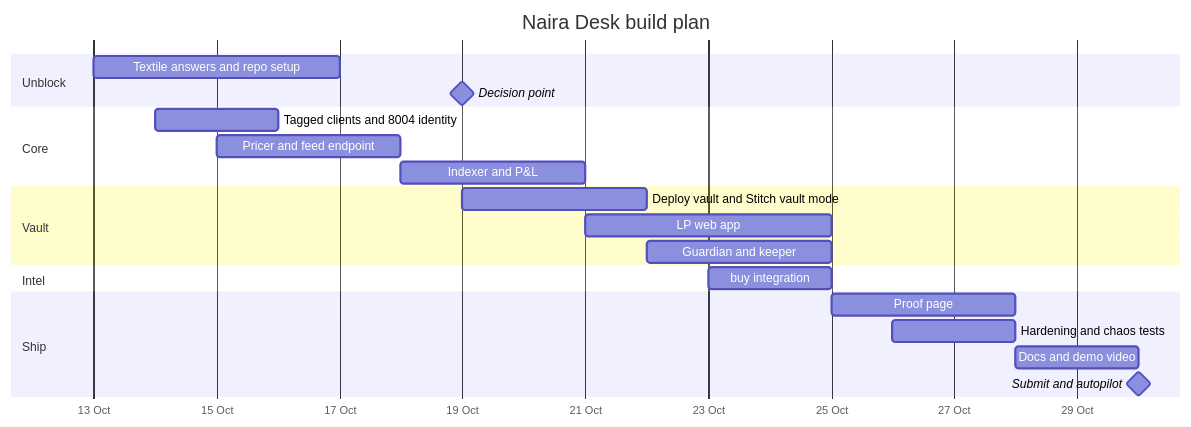
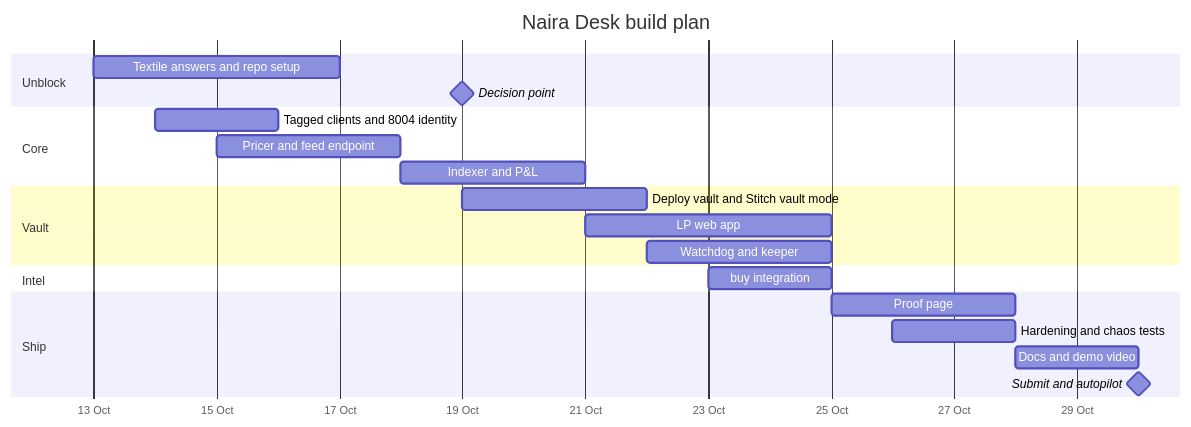
Before and after one commit to Kanasjnr/naira-desk: diagram 16 of 16 in docs/ARCHITECTURE.md, drawn with Mermaid. The commit also changed other lines of this file, not shown here.

````diff
--- a/docs/ARCHITECTURE.md
+++ b/docs/ARCHITECTURE.md
@@ -622,24 +629,24 @@
 ```mermaid
 gantt
   title Naira Desk build plan
   dateFormat YYYY-MM-DD
   axisFormat %d %b
   section Unblock
   Textile answers and repo setup      :u1, 2026-10-13, 4d
   Decision point                      :milestone, m1, 2026-10-19, 0d
   section Core
   Tagged clients and 8004 identity    :c1, 2026-10-14, 2d
   Pricer and feed endpoint            :c2, 2026-10-15, 3d
   Indexer and P&L                     :c3, 2026-10-18, 3d
   section Vault
   Deploy vault and Stitch vault mode  :v1, 2026-10-19, 3d
   LP web app                          :v2, 2026-10-21, 4d
-  Guardian and keeper                 :v3, 2026-10-22, 3d
+  Watchdog and keeper                 :v3, 2026-10-22, 3d
   section Intel
   buy integration                     :b1, 2026-10-23, 2d
   section Ship
   Proof page                          :s1, 2026-10-25, 3d
   Hardening and chaos tests           :s2, 2026-10-26, 2d
   Docs and demo video                 :s3, 2026-10-28, 2d
   Submit and autopilot                :milestone, m2, 2026-10-30, 0d
 ```
````
